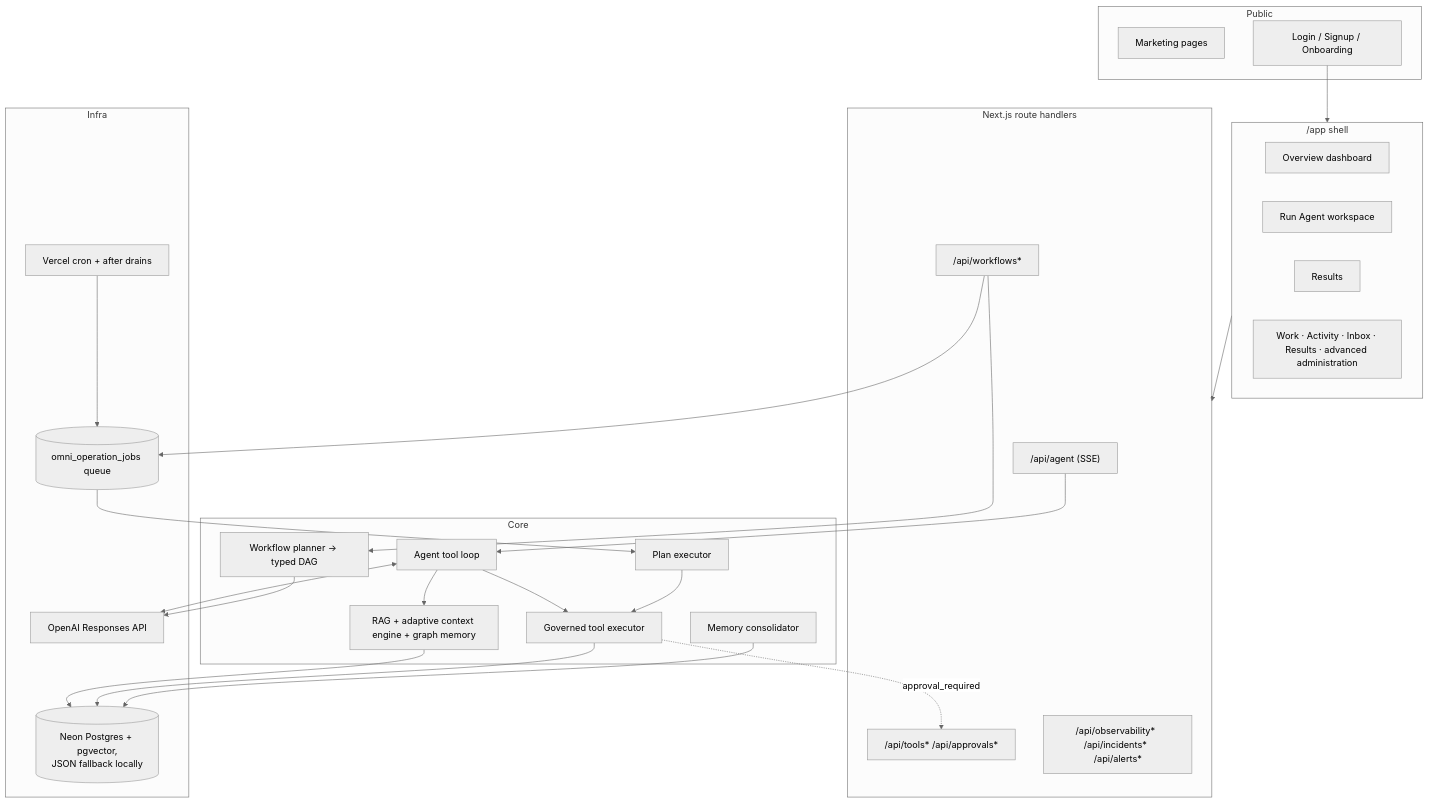
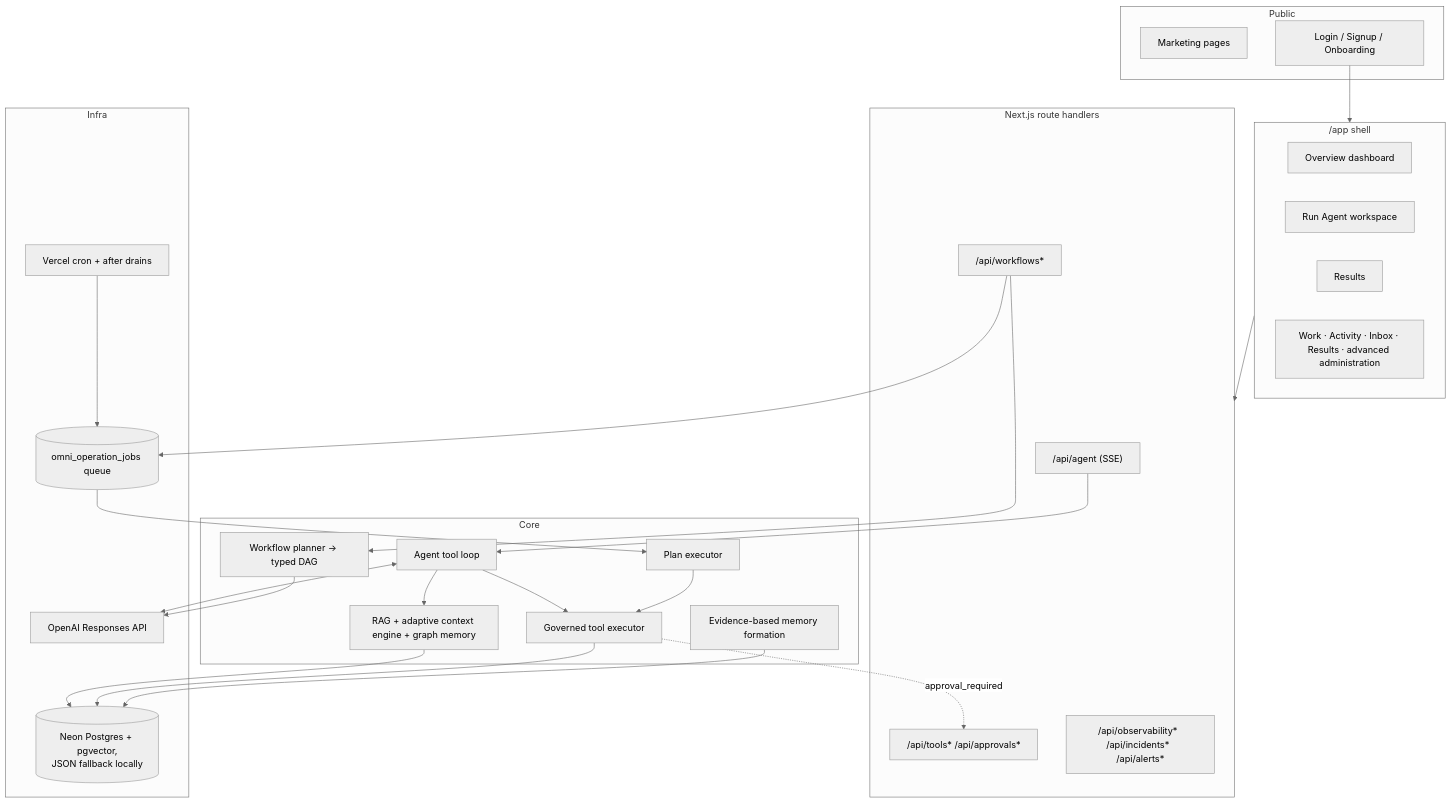
The first of 2 diagrams in docs/architecture.md (benniejoseph/OmniAgentOS), drawn with Mermaid (neutral theme) before and after one commit. The commit also changed other lines of this file and 3 other files, not shown here.

````diff
--- a/docs/architecture.md
+++ b/docs/architecture.md
@@ -18,50 +18,50 @@
 ```mermaid
 flowchart TD
   subgraph Public
     MKT[Marketing pages]
     AUTH[Login / Signup / Onboarding]
   end
 
   subgraph App["/app shell"]
     DASH[Overview dashboard]
     RUN[Run Agent workspace]
     RES[Results]
     CONSOLES[Work · Activity · Inbox · Results · advanced administration]
   end
 
   subgraph API["Next.js route handlers"]
     AG["/api/agent (SSE)"]
     WF["/api/workflows*"]
     TOOLS["/api/tools*  /api/approvals*"]
     OBS["/api/observability*  /api/incidents*  /api/alerts*"]
   end
 
   subgraph Core
     LOOP[Agent tool loop]
     PLANNER[Workflow planner → typed DAG]
     EXEC[Plan executor]
     GOV[Governed tool executor]
     RAGL[RAG + adaptive context engine + graph memory]
-    MEMC[Memory consolidator]
+    MEMC[Evidence-based memory formation]
   end
 
   subgraph Infra
     PG[(Neon Postgres + pgvector,
 JSON fallback locally)]
     QUEUE[(omni_operation_jobs queue)]
     CRON[Vercel cron + after drains]
     OAI[OpenAI Responses API]
   end
 
   AUTH --> App --> API
   AG --> LOOP
   LOOP --> RAGL --> PG
   LOOP <--> OAI
   LOOP --> GOV
   WF --> PLANNER --> OAI
   WF --> QUEUE --> EXEC --> GOV
   GOV --> PG
   GOV -. approval_required .-> TOOLS
   MEMC --> PG
   CRON --> QUEUE
 ```
````
